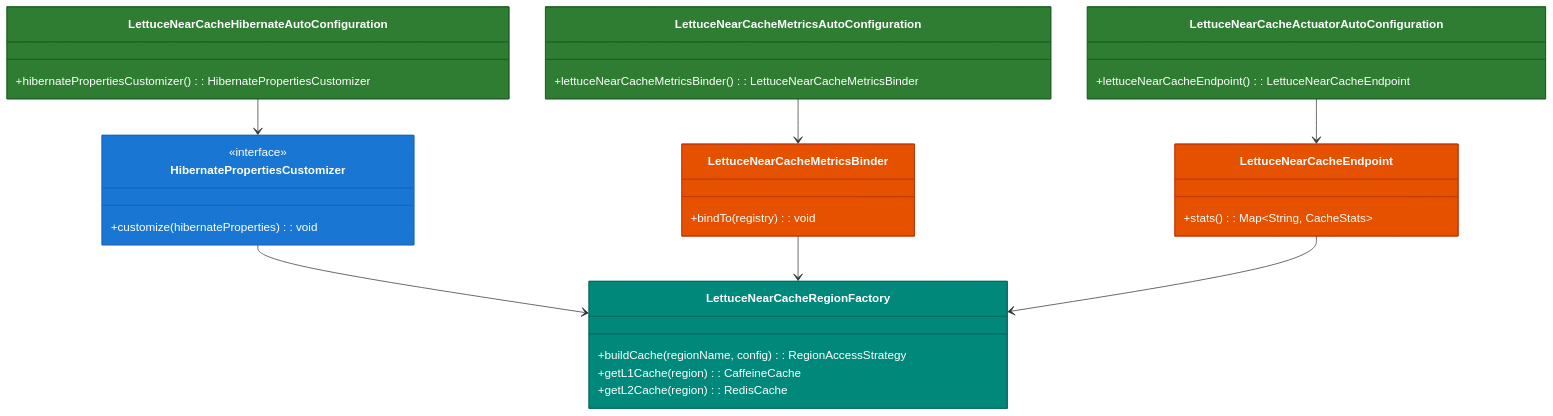
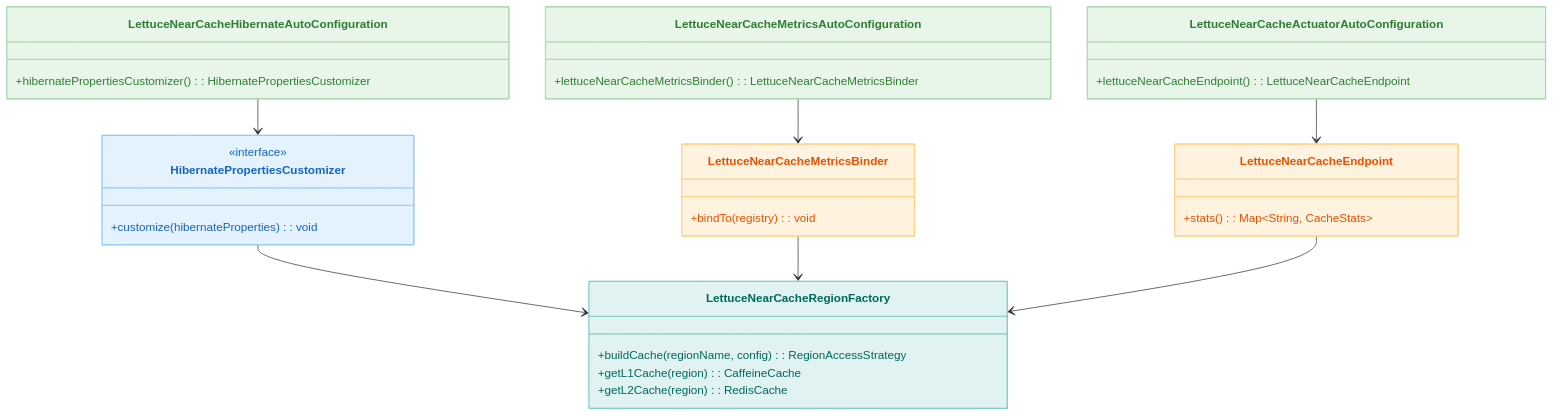
One commit to bluetape4k/bluetape4k-projects changed the first of 2 diagrams in spring-boot4/hibernate-lettuce/README.ko.md. Above: the diagram before and after it, drawn with Mermaid. The commit also changed other lines of this file and 219 other files, not shown here.

First line of the commit message:
docs: 전체 README Mermaid 다이어그램 가이드 적용

````diff
--- a/spring-boot4/hibernate-lettuce/README.ko.md
+++ b/spring-boot4/hibernate-lettuce/README.ko.md
@@ -13,42 +13,42 @@
 ```mermaid
 classDiagram
     class LettuceNearCacheHibernateAutoConfiguration {
         +hibernatePropertiesCustomizer(): HibernatePropertiesCustomizer
     }
     class LettuceNearCacheMetricsAutoConfiguration {
         +lettuceNearCacheMetricsBinder(): LettuceNearCacheMetricsBinder
     }
     class LettuceNearCacheActuatorAutoConfiguration {
         +lettuceNearCacheEndpoint(): LettuceNearCacheEndpoint
     }
     class HibernatePropertiesCustomizer {
         <<interface>>
         +customize(hibernateProperties): void
     }
     class LettuceNearCacheRegionFactory {
         +buildCache(regionName, config): RegionAccessStrategy
         +getL1Cache(region): CaffeineCache
         +getL2Cache(region): RedisCache
     }
     class LettuceNearCacheMetricsBinder {
         +bindTo(registry): void
     }
     class LettuceNearCacheEndpoint {
         +stats(): Map~String, CacheStats~
     }
 
     LettuceNearCacheHibernateAutoConfiguration --> HibernatePropertiesCustomizer
     HibernatePropertiesCustomizer --> LettuceNearCacheRegionFactory
     LettuceNearCacheMetricsAutoConfiguration --> LettuceNearCacheMetricsBinder
     LettuceNearCacheActuatorAutoConfiguration --> LettuceNearCacheEndpoint
     LettuceNearCacheMetricsBinder --> LettuceNearCacheRegionFactory
     LettuceNearCacheEndpoint --> LettuceNearCacheRegionFactory
 
-    style LettuceNearCacheHibernateAutoConfiguration fill:#2E7D32,stroke:#1B5E20,color:#FFFFFF
-    style LettuceNearCacheMetricsAutoConfiguration fill:#2E7D32,stroke:#1B5E20,color:#FFFFFF
-    style LettuceNearCacheActuatorAutoConfiguration fill:#2E7D32,stroke:#1B5E20,color:#FFFFFF
-    style HibernatePropertiesCustomizer fill:#1976D2,stroke:#1565C0,color:#FFFFFF
-    style LettuceNearCacheRegionFactory fill:#00897B,stroke:#00695C,color:#FFFFFF
-    style LettuceNearCacheMetricsBinder fill:#E65100,stroke:#BF360C,color:#FFFFFF
-    style LettuceNearCacheEndpoint fill:#E65100,stroke:#BF360C,color:#FFFFFF
+    style LettuceNearCacheHibernateAutoConfiguration fill:#E8F5E9,stroke:#A5D6A7,color:#2E7D32
+    style LettuceNearCacheMetricsAutoConfiguration fill:#E8F5E9,stroke:#A5D6A7,color:#2E7D32
+    style LettuceNearCacheActuatorAutoConfiguration fill:#E8F5E9,stroke:#A5D6A7,color:#2E7D32
+    style HibernatePropertiesCustomizer fill:#E3F2FD,stroke:#90CAF9,color:#1565C0
+    style LettuceNearCacheRegionFactory fill:#E0F2F1,stroke:#80CBC4,color:#00695C
+    style LettuceNearCacheMetricsBinder fill:#FFF3E0,stroke:#FFCC80,color:#E65100
+    style LettuceNearCacheEndpoint fill:#FFF3E0,stroke:#FFCC80,color:#E65100
 ```
````
